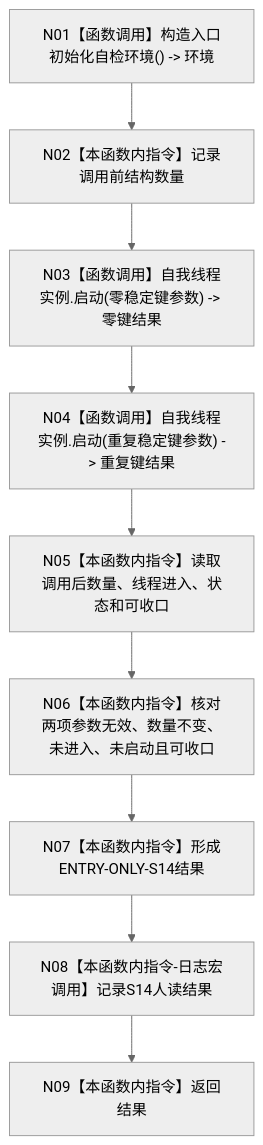
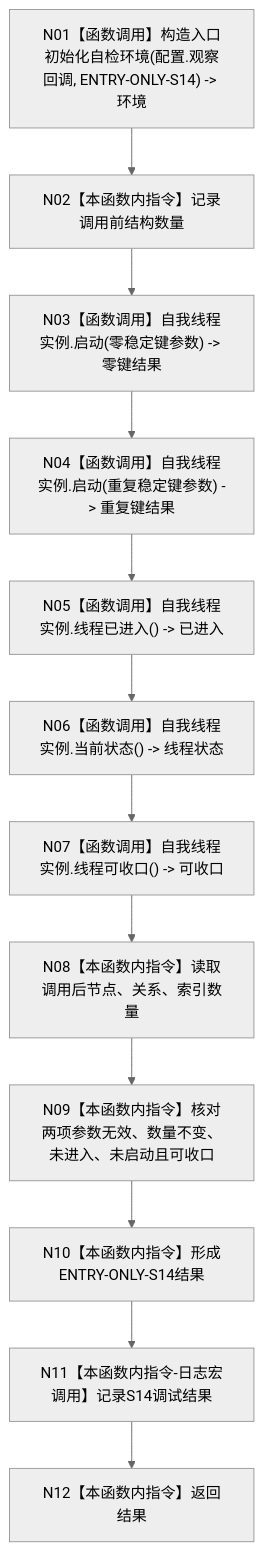
One commit to chunhaizh-cyber/HY-Ego changed the diagram in 流程图/20260726_ENTRY-ONLY_S14_自我线程无效参数拒绝与生命周期_施工流程图_v0.1.md. Above: the diagram before and after it, drawn with Mermaid (neutral theme). The commit also changed other lines of this file and 54 other files, not shown here.

Commit message:
修订 ENTRY-ONLY 入口职责设计包

````diff
--- a/流程图/20260726_ENTRY-ONLY_S14_自我线程无效参数拒绝与生命周期_施工流程图_v0.1.md
+++ b/流程图/20260726_ENTRY-ONLY_S14_自我线程无效参数拒绝与生命周期_施工流程图_v0.1.md
@@ -27,11 +27,14 @@
 ```mermaid
 flowchart TD
-    N01["N01【函数调用】构造入口初始化自检环境() -> 环境"] --> N02["N02【本函数内指令】记录调用前结构数量"]
+    N01["N01【函数调用】构造入口初始化自检环境(配置.观察回调, ENTRY-ONLY-S14) -> 环境"] --> N02["N02【本函数内指令】记录调用前结构数量"]
     N02 --> N03["N03【函数调用】自我线程实例.启动(零稳定键参数) -> 零键结果"]
     N03 --> N04["N04【函数调用】自我线程实例.启动(重复稳定键参数) -> 重复键结果"]
-    N04 --> N05["N05【本函数内指令】读取调用后数量、线程进入、状态和可收口"]
-    N05 --> N06["N06【本函数内指令】核对两项参数无效、数量不变、未进入、未启动且可收口"]
-    N06 --> N07["N07【本函数内指令】形成ENTRY-ONLY-S14结果"]
-    N07 --> N08["N08【本函数内指令-日志宏调用】记录S14人读结果"]
-    N08 --> N09["N09【本函数内指令】返回结果"]
+    N04 --> N05["N05【函数调用】自我线程实例.线程已进入() -> 已进入"]
+    N05 --> N06["N06【函数调用】自我线程实例.当前状态() -> 线程状态"]
+    N06 --> N07["N07【函数调用】自我线程实例.线程可收口() -> 可收口"]
+    N07 --> N08["N08【本函数内指令】读取调用后节点、关系、索引数量"]
+    N08 --> N09["N09【本函数内指令】核对两项参数无效、数量不变、未进入、未启动且可收口"]
+    N09 --> N10["N10【本函数内指令】形成ENTRY-ONLY-S14结果"]
+    N10 --> N11["N11【本函数内指令-日志宏调用】记录S14调试结果"]
+    N11 --> N12["N12【本函数内指令】返回结果"]
 ```
````
